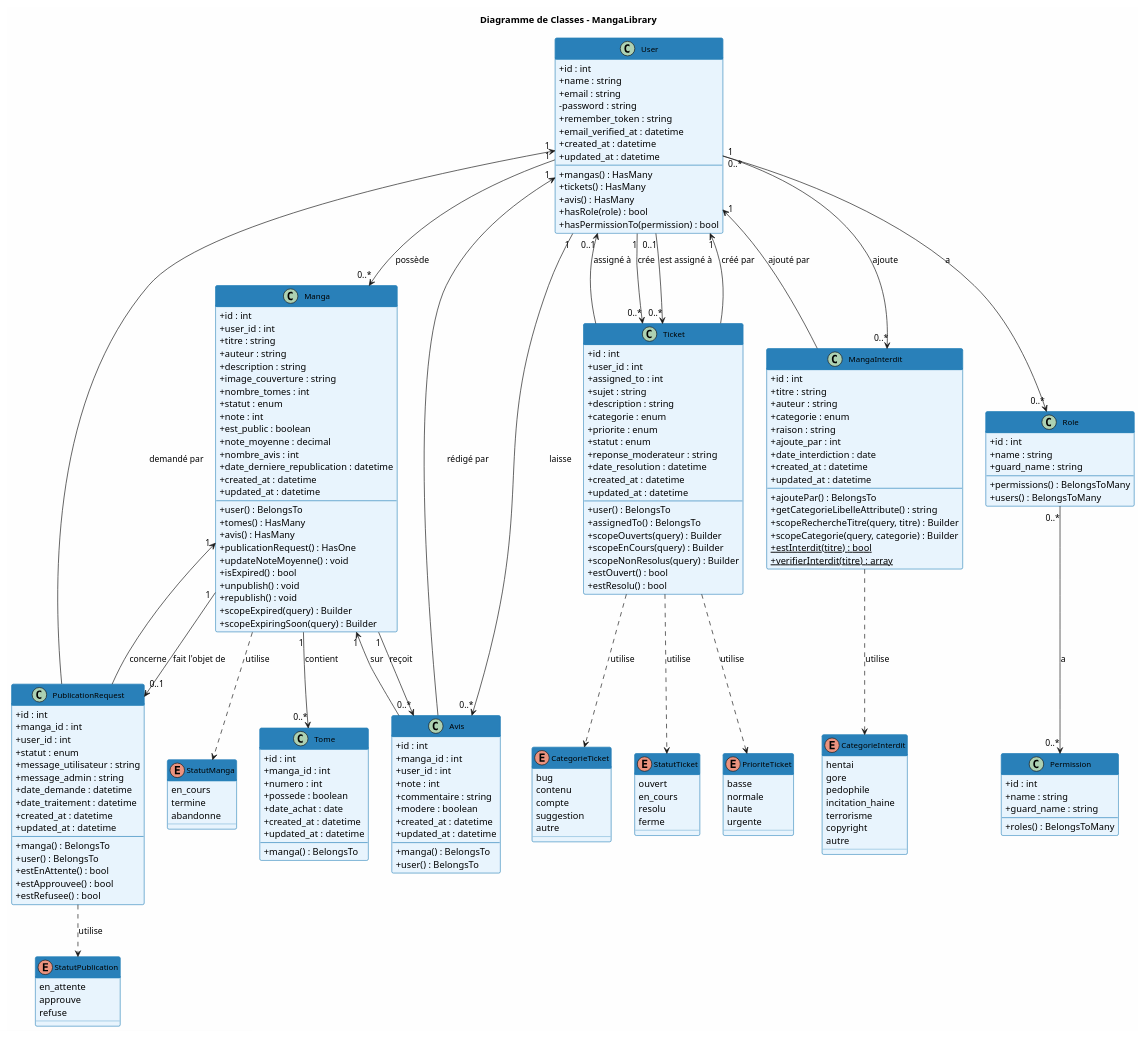
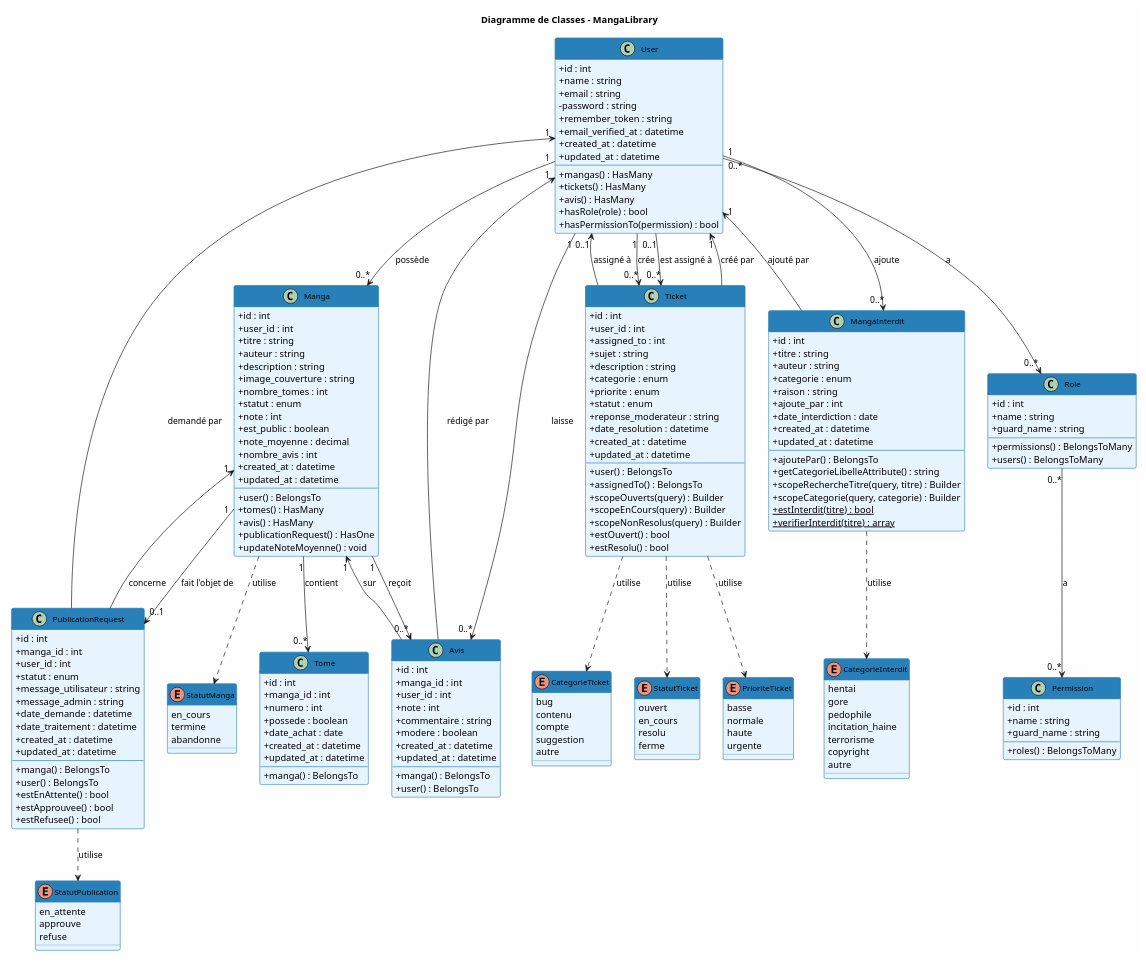
The diagram in docs/uml/diagramme_classes.puml (JB-NBT/manga), drawn with PlantUML before and after one commit. The commit also changed 13 other files, not shown here.

```diff
--- a/docs/uml/diagramme_classes.puml
+++ b/docs/uml/diagramme_classes.puml
@@ -46,7 +46,6 @@
     + est_public : boolean
     + note_moyenne : decimal
     + nombre_avis : int
-    + date_derniere_republication : datetime
     + created_at : datetime
     + updated_at : datetime
     --
@@ -55,11 +54,6 @@
     + avis() : HasMany
     + publicationRequest() : HasOne
     + updateNoteMoyenne() : void
-    + isExpired() : bool
-    + unpublish() : void
-    + republish() : void
-    + scopeExpired(query) : Builder
-    + scopeExpiringSoon(query) : Builder
 }
 
 class Tome {
```
